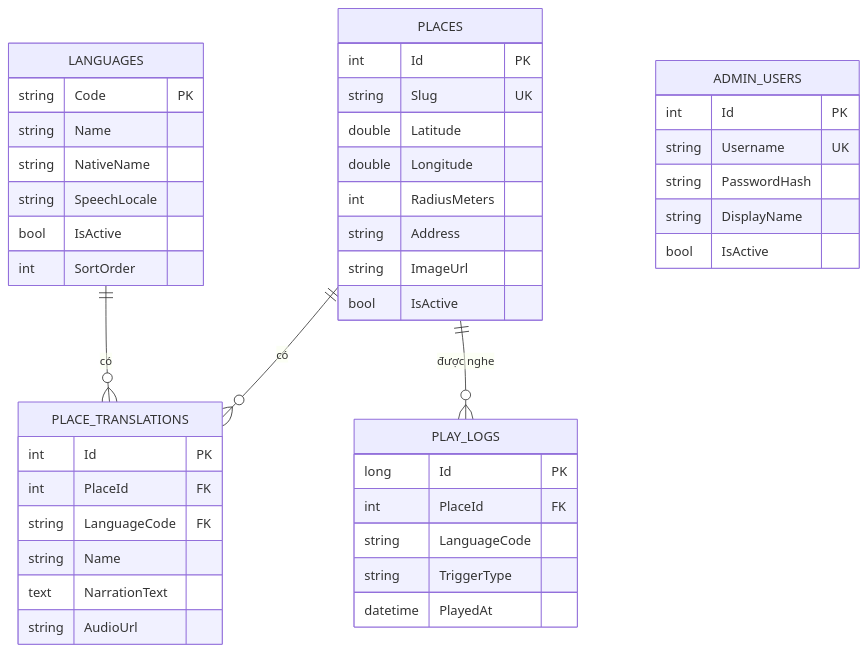
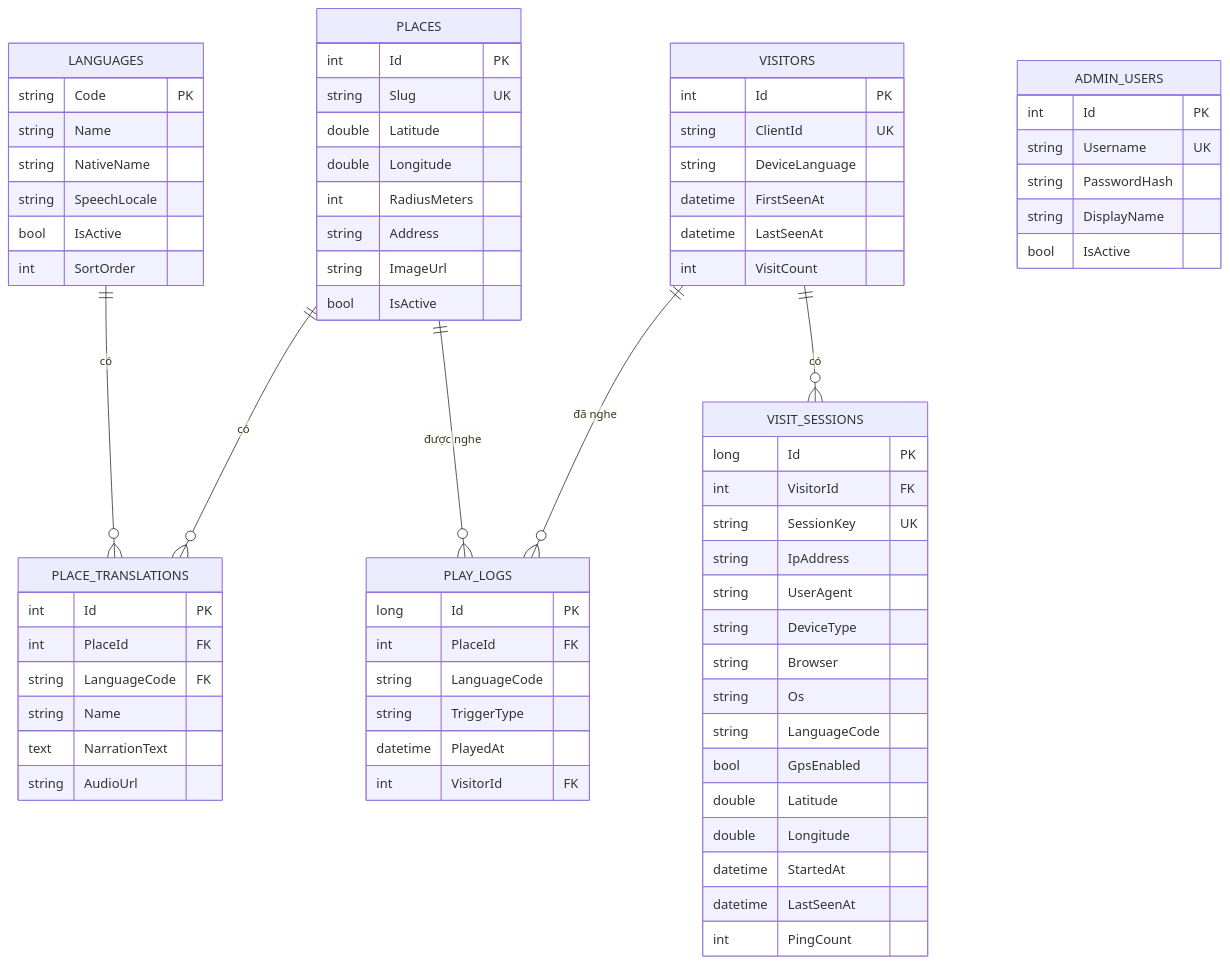
One commit to DangHau19/CNPM changed the third of 3 diagrams in docs/FocusedUseCases.md. Above: the diagram before and after it, drawn with Mermaid. The commit also changed other lines of this file and 32 other files, not shown here.

````diff
--- a/docs/FocusedUseCases.md
+++ b/docs/FocusedUseCases.md
@@ -206,36 +266,60 @@
 ```mermaid
 erDiagram
   LANGUAGES ||--o{ PLACE_TRANSLATIONS : "có"
   PLACES ||--o{ PLACE_TRANSLATIONS : "có"
   PLACES ||--o{ PLAY_LOGS : "được nghe"
+  VISITORS ||--o{ VISIT_SESSIONS : "có"
+  VISITORS ||--o{ PLAY_LOGS : "đã nghe"
   LANGUAGES { string Code PK
               string Name
               string NativeName
               string SpeechLocale
               bool IsActive
               int SortOrder }
   PLACES { int Id PK
            string Slug UK
            double Latitude
            double Longitude
            int RadiusMeters
            string Address
            string ImageUrl
            bool IsActive }
   PLACE_TRANSLATIONS { int Id PK
                        int PlaceId FK
                        string LanguageCode FK
                        string Name
                        text NarrationText
                        string AudioUrl }
   PLAY_LOGS { long Id PK
               int PlaceId FK
               string LanguageCode
               string TriggerType
-              datetime PlayedAt }
+              datetime PlayedAt
+              int VisitorId FK }
+  VISITORS { int Id PK
+             string ClientId UK
+             string DeviceLanguage
+             datetime FirstSeenAt
+             datetime LastSeenAt
+             int VisitCount }
+  VISIT_SESSIONS { long Id PK
+                   int VisitorId FK
+                   string SessionKey UK
+                   string IpAddress
+                   string UserAgent
+                   string DeviceType
+                   string Browser
+                   string Os
+                   string LanguageCode
+                   bool GpsEnabled
+                   double Latitude
+                   double Longitude
+                   datetime StartedAt
+                   datetime LastSeenAt
+                   int PingCount }
   ADMIN_USERS { int Id PK
                 string Username UK
                 string PasswordHash
                 string DisplayName
                 bool IsActive }
 ```
````
